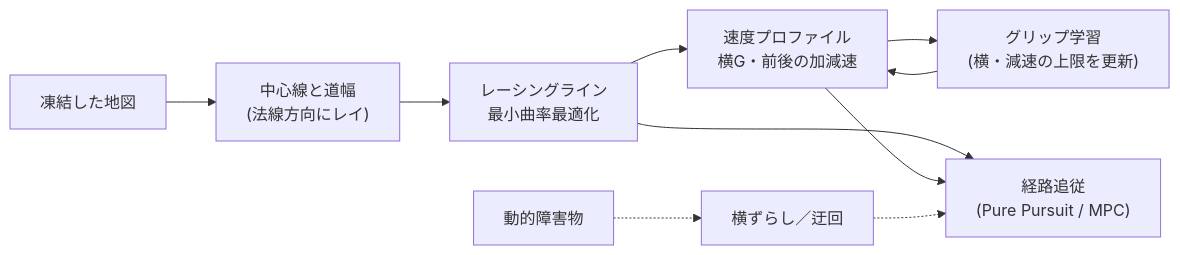
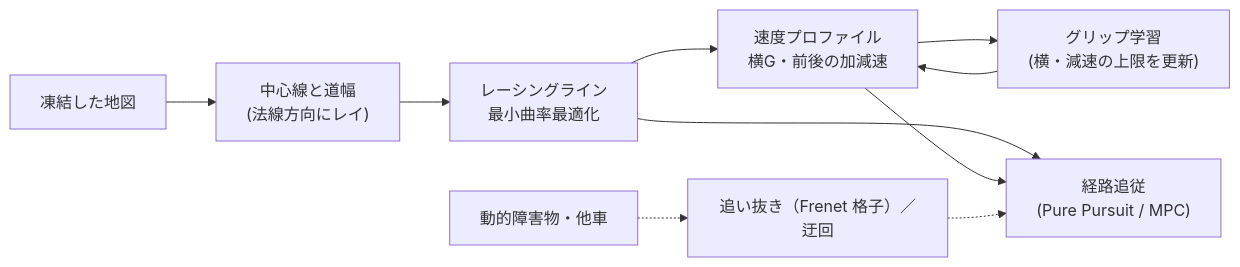
The diagram in surge_mk2/site/docs/raspi/raceline.md (banbatakumi/AutonomousCar_RasPi), drawn with Mermaid before and after one commit. The commit also changed other lines of this file and 6 other files, not shown here.

````diff
--- a/surge_mk2/site/docs/raspi/raceline.md
+++ b/surge_mk2/site/docs/raspi/raceline.md
@@ -10,11 +10,11 @@
 ```mermaid
 flowchart LR
     M["凍結した地図"] --> CL["中心線と道幅<br/>(法線方向にレイ)"]
     CL --> RL["レーシングライン<br/>最小曲率最適化"]
     RL --> SP["速度プロファイル<br/>横G・前後の加減速"]
     SP --> G["グリップ学習<br/>(横・減速の上限を更新)"]
     G --> SP
     RL --> PP["経路追従<br/>(Pure Pursuit / MPC)"]
     SP --> PP
-    OB["動的障害物"] -.-> AV["横ずらし／迂回"] -.-> PP
+    OB["動的障害物・他車"] -.-> AV["追い抜き（Frenet 格子）／迂回"] -.-> PP
 ```
````
